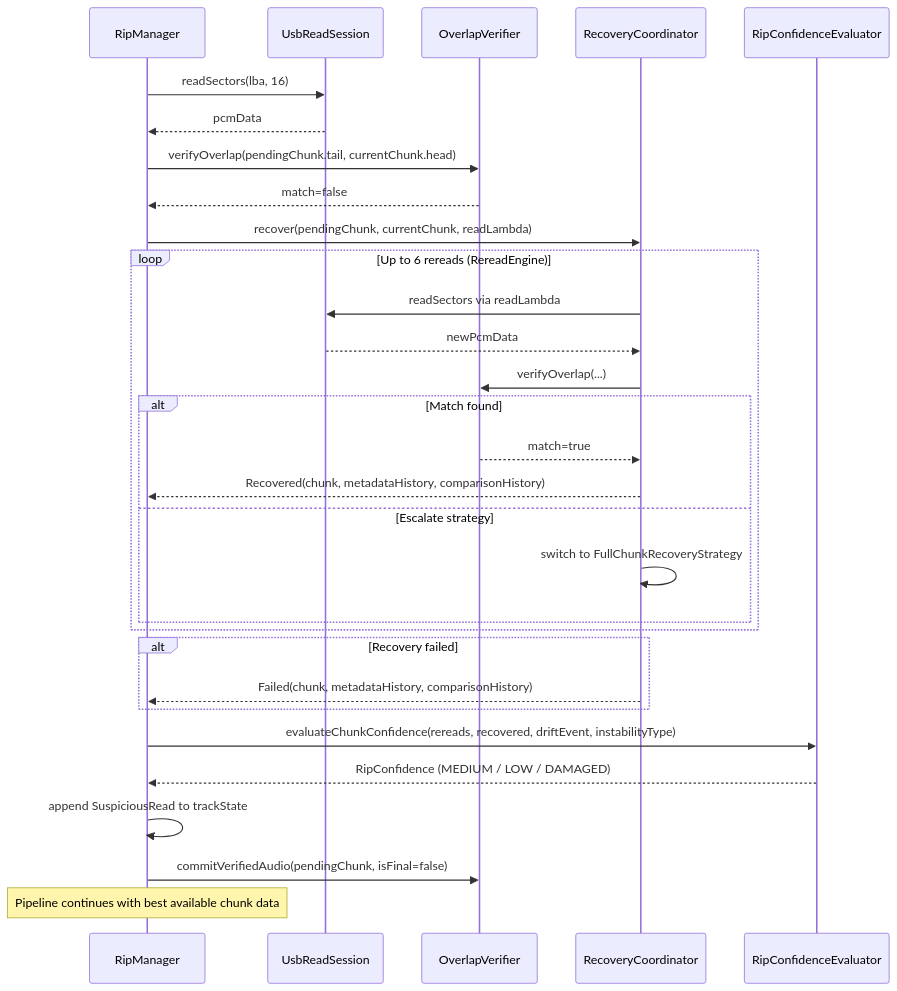
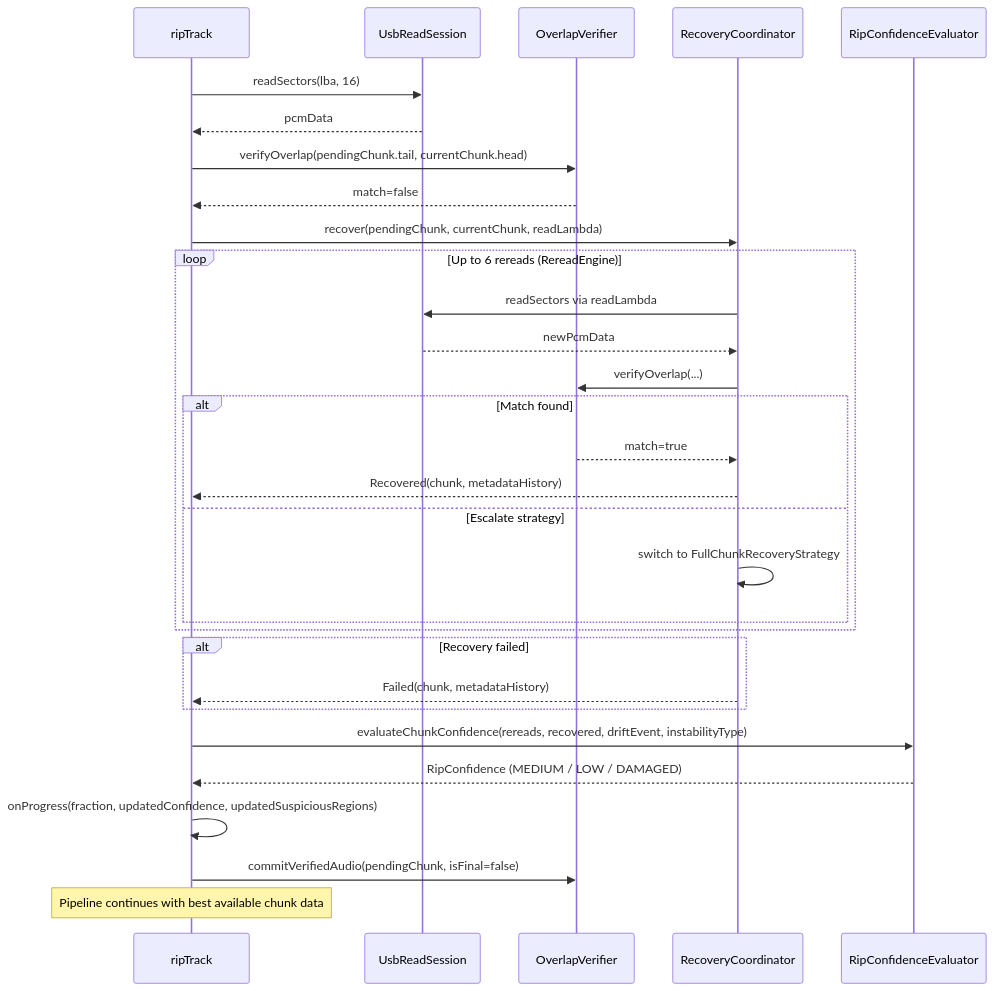
One commit to steve-keep/BitPerfect changed the second of 3 diagrams in docs/ripping/RipManager.md. Above: the diagram before and after it, drawn with Mermaid. The commit also changed other lines of this file, not shown here.

````diff
--- a/docs/ripping/RipManager.md
+++ b/docs/ripping/RipManager.md
@@ -301,39 +449,39 @@
 ```mermaid
 sequenceDiagram
-    participant RM as RipManager
+    participant RT as ripTrack
     participant URS as UsbReadSession
     participant OV as OverlapVerifier
     participant RC as RecoveryCoordinator
     participant CE as RipConfidenceEvaluator
 
-    RM->>URS: readSectors(lba, 16)
-    URS-->>RM: pcmData
+    RT->>URS: readSectors(lba, 16)
+    URS-->>RT: pcmData
 
-    RM->>OV: verifyOverlap(pendingChunk.tail, currentChunk.head)
-    OV-->>RM: match=false
+    RT->>OV: verifyOverlap(pendingChunk.tail, currentChunk.head)
+    OV-->>RT: match=false
 
-    RM->>RC: recover(pendingChunk, currentChunk, readLambda)
+    RT->>RC: recover(pendingChunk, currentChunk, readLambda)
 
     loop Up to 6 rereads (RereadEngine)
         RC->>URS: readSectors via readLambda
         URS-->>RC: newPcmData
         RC->>OV: verifyOverlap(...)
         alt Match found
             OV-->>RC: match=true
-            RC-->>RM: Recovered(chunk, metadataHistory, comparisonHistory)
+            RC-->>RT: Recovered(chunk, metadataHistory)
         else Escalate strategy
             RC->>RC: switch to FullChunkRecoveryStrategy
         end
     end
 
     alt Recovery failed
-        RC-->>RM: Failed(chunk, metadataHistory, comparisonHistory)
+        RC-->>RT: Failed(chunk, metadataHistory)
     end
 
-    RM->>CE: evaluateChunkConfidence(rereads, recovered, driftEvent, instabilityType)
-    CE-->>RM: RipConfidence (MEDIUM / LOW / DAMAGED)
+    RT->>CE: evaluateChunkConfidence(rereads, recovered, driftEvent, instabilityType)
+    CE-->>RT: RipConfidence (MEDIUM / LOW / DAMAGED)
 
-    RM->>RM: append SuspiciousRead to trackState
-    RM->>OV: commitVerifiedAudio(pendingChunk, isFinal=false)
-    note over RM: Pipeline continues with best available chunk data
+    RT->>RT: onProgress(fraction, updatedConfidence, updatedSuspiciousRegions)
+    RT->>OV: commitVerifiedAudio(pendingChunk, isFinal=false)
+    note over RT: Pipeline continues with best available chunk data
 ```
````
